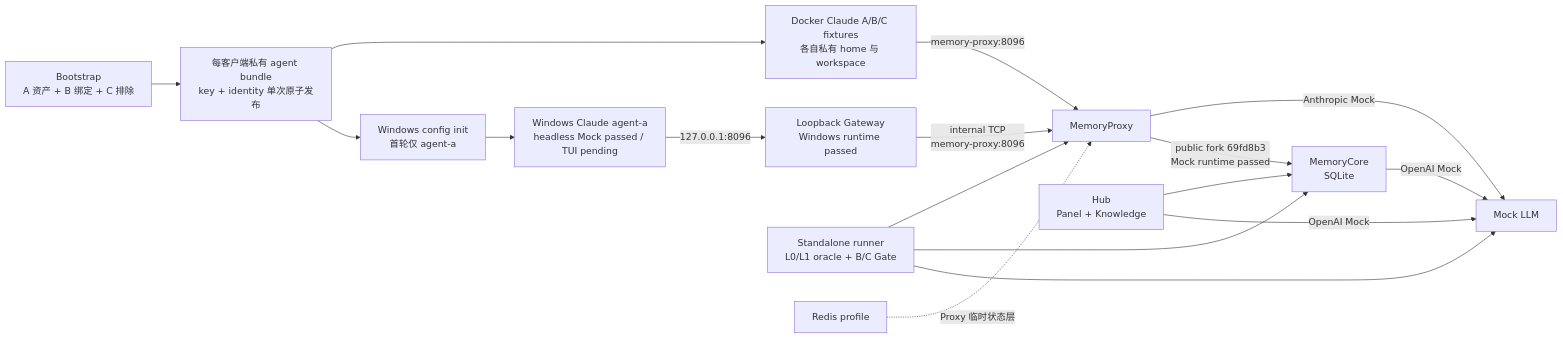
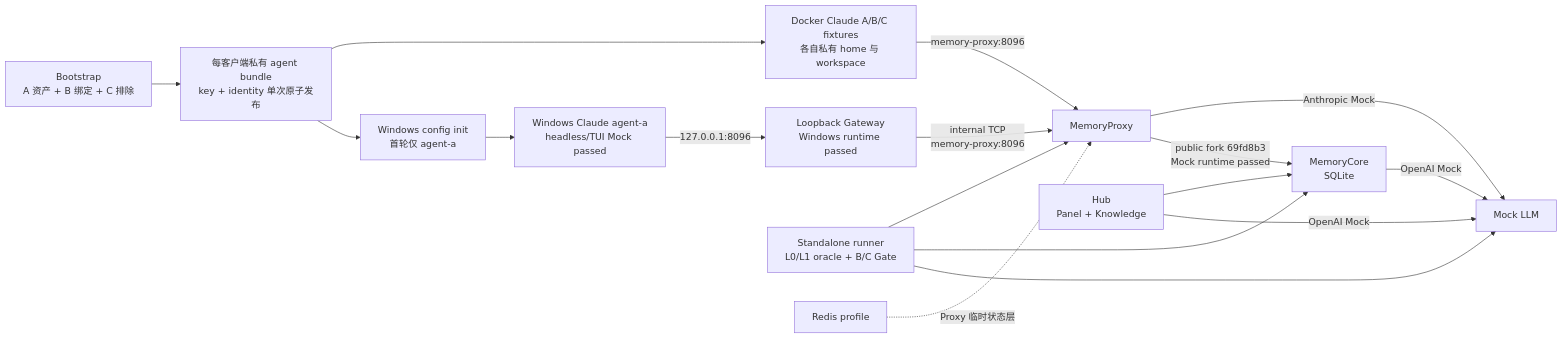
One commit to psiQAQ/agents-memory changed the second of 3 diagrams in docs/enterprise-memory-system-evaluation.md. Above: the diagram before and after it, drawn with Mermaid. The commit also changed other lines of this file and 3 other files, not shown here.

Commit message:
docs: record Windows Claude TUI confirmation

````diff
--- a/docs/enterprise-memory-system-evaluation.md
+++ b/docs/enterprise-memory-system-evaluation.md
@@ -115,19 +115,19 @@
 ```mermaid
 flowchart LR
   B["Bootstrap<br/>A 资产 + B 绑定 + C 排除"] --> F["每客户端私有 agent bundle<br/>key + identity 单次原子发布"]
   F --> DA["Docker Claude A/B/C fixtures<br/>各自私有 home 与 workspace"]
   F --> WI["Windows config init<br/>首轮仅 agent-a"]
-  WI --> WA["Windows Claude agent-a<br/>headless Mock passed / TUI pending"]
+  WI --> WA["Windows Claude agent-a<br/>headless/TUI Mock passed"]
   WA -->|"127.0.0.1:8096"| G["Loopback Gateway<br/>Windows runtime passed"]
   G -->|"internal TCP<br/>memory-proxy:8096"| P["MemoryProxy"]
   DA -->|"memory-proxy:8096"| P
   P -->|"Anthropic Mock"| M["Mock LLM"]
   C["MemoryCore<br/>SQLite"] -->|"OpenAI Mock"| M
   T["Standalone runner<br/>L0/L1 oracle + B/C Gate"] --> P
   T --> C
   T --> M
   H["Hub<br/>Panel + Knowledge"] --> C
   H -->|"OpenAI Mock"| M
   P -->|"public fork 69fd8b3<br/>Mock runtime passed"| C
   R["Redis profile"] -. "Proxy 临时状态层" .-> P
 ```
````
